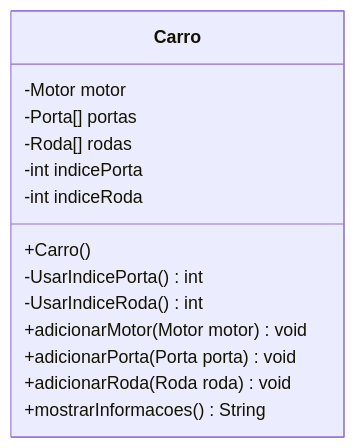
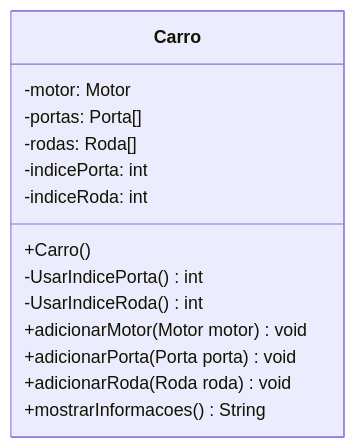
Diagram 13 of 13 in 2026.2/aula-09/slides/slides.md (filipefernandesphd/DOO), drawn with Mermaid before and after one commit. The commit also changed other lines of this file, not shown here.

Commit message:
fix: Update class attribute syntax for consistency in UML diagrams

````diff
--- a/2026.2/aula-09/slides/slides.md
+++ b/2026.2/aula-09/slides/slides.md
@@ -317,17 +317,17 @@
 ```mermaid
 classDiagram
   class Carro {
-    -Motor motor
-    -Porta[] portas
-    -Roda[] rodas
-    -int indicePorta
-    -int indiceRoda
+    -motor: Motor
+    -portas: Porta[]
+    -rodas: Roda[] 
+    -indicePorta: int 
+    -indiceRoda: int 
     +Carro()
     -UsarIndicePorta() int
     -UsarIndiceRoda() int
     +adicionarMotor(Motor motor) void
     +adicionarPorta(Porta porta) void
     +adicionarRoda(Roda roda) void
     +mostrarInformacoes() String
   }
 ```
````
